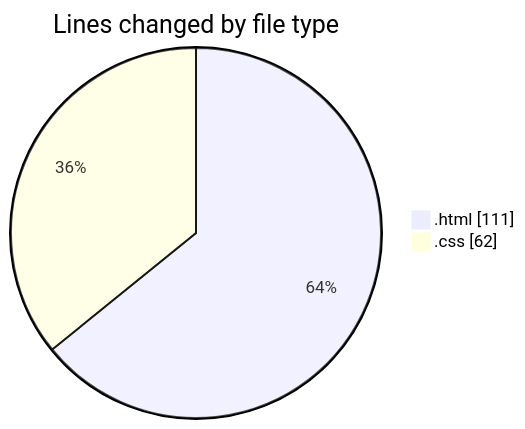
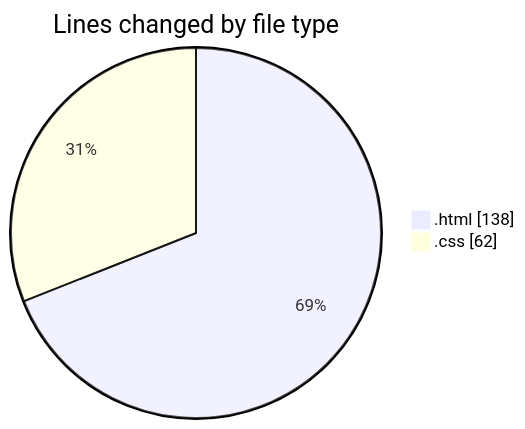
One commit to Unknowalive/code-tracking changed the first of 2 diagrams in 2026-09-01/web_tec_2026/README.md. Above: the diagram before and after it, drawn with Mermaid. The commit also changed other lines of this file and 1 other file, not shown here.

````diff
--- a/2026-09-01/web_tec_2026/README.md
+++ b/2026-09-01/web_tec_2026/README.md
@@ -24,6 +25,6 @@
 ```mermaid
 pie showData
 title Lines changed by file type
-".html" : 111
+".html" : 138
 ".css" : 62
 ```
````
